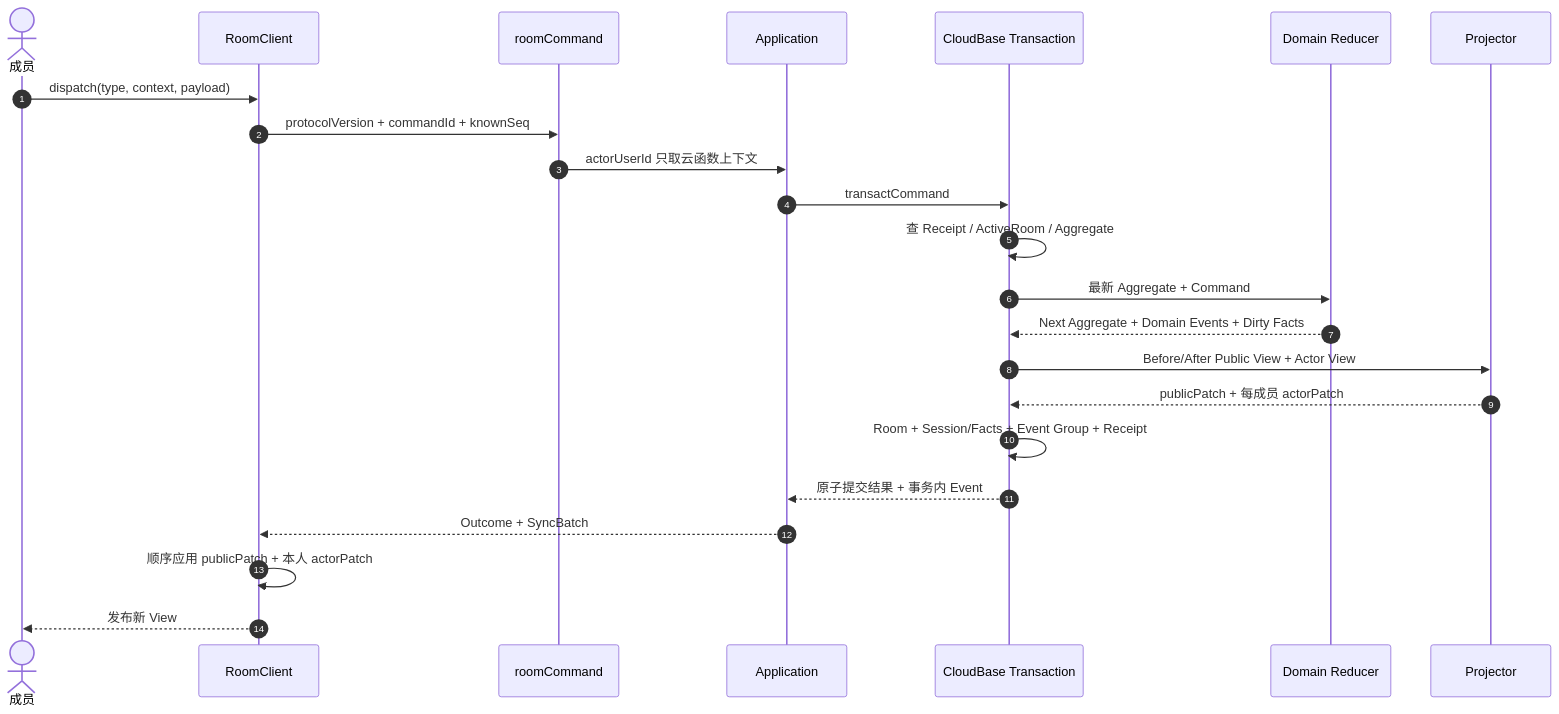
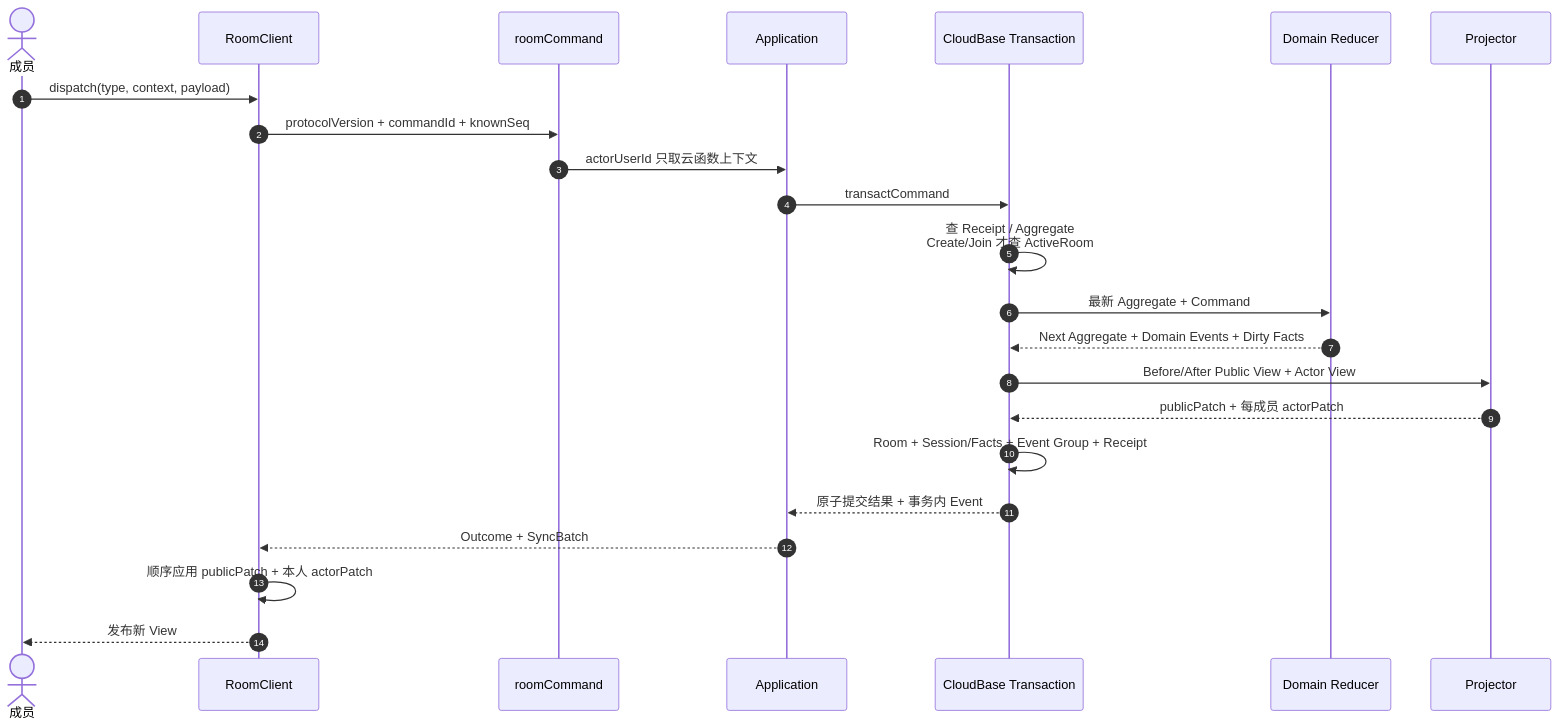
The seventh of 23 diagrams in docs/ROOM_PROTOCOL_V3_IMPLEMENTATION.md (Bubble-419/cardboard-miniprogram), drawn with Mermaid before and after one commit. The commit also changed other lines of this file and 22 other files, not shown here.

````diff
--- a/docs/ROOM_PROTOCOL_V3_IMPLEMENTATION.md
+++ b/docs/ROOM_PROTOCOL_V3_IMPLEMENTATION.md
@@ -226,26 +226,26 @@
 ```mermaid
 sequenceDiagram
   autonumber
   actor U as 成员
   participant C as RoomClient
   participant F as roomCommand
   participant A as Application
   participant T as CloudBase Transaction
   participant D as Domain Reducer
   participant P as Projector
 
   U->>C: dispatch(type, context, payload)
   C->>F: protocolVersion + commandId + knownSeq
   F->>A: actorUserId 只取云函数上下文
   A->>T: transactCommand
-  T->>T: 查 Receipt / ActiveRoom / Aggregate
+  T->>T: 查 Receipt / Aggregate<br/>Create/Join 才查 ActiveRoom
   T->>D: 最新 Aggregate + Command
   D-->>T: Next Aggregate + Domain Events + Dirty Facts
   T->>P: Before/After Public View + Actor View
   P-->>T: publicPatch + 每成员 actorPatch
   T->>T: Room + Session/Facts + Event Group + Receipt
   T-->>A: 原子提交结果 + 事务内 Event
   A-->>C: Outcome + SyncBatch
   C->>C: 顺序应用 publicPatch + 本人 actorPatch
   C-->>U: 发布新 View
 ```
````
